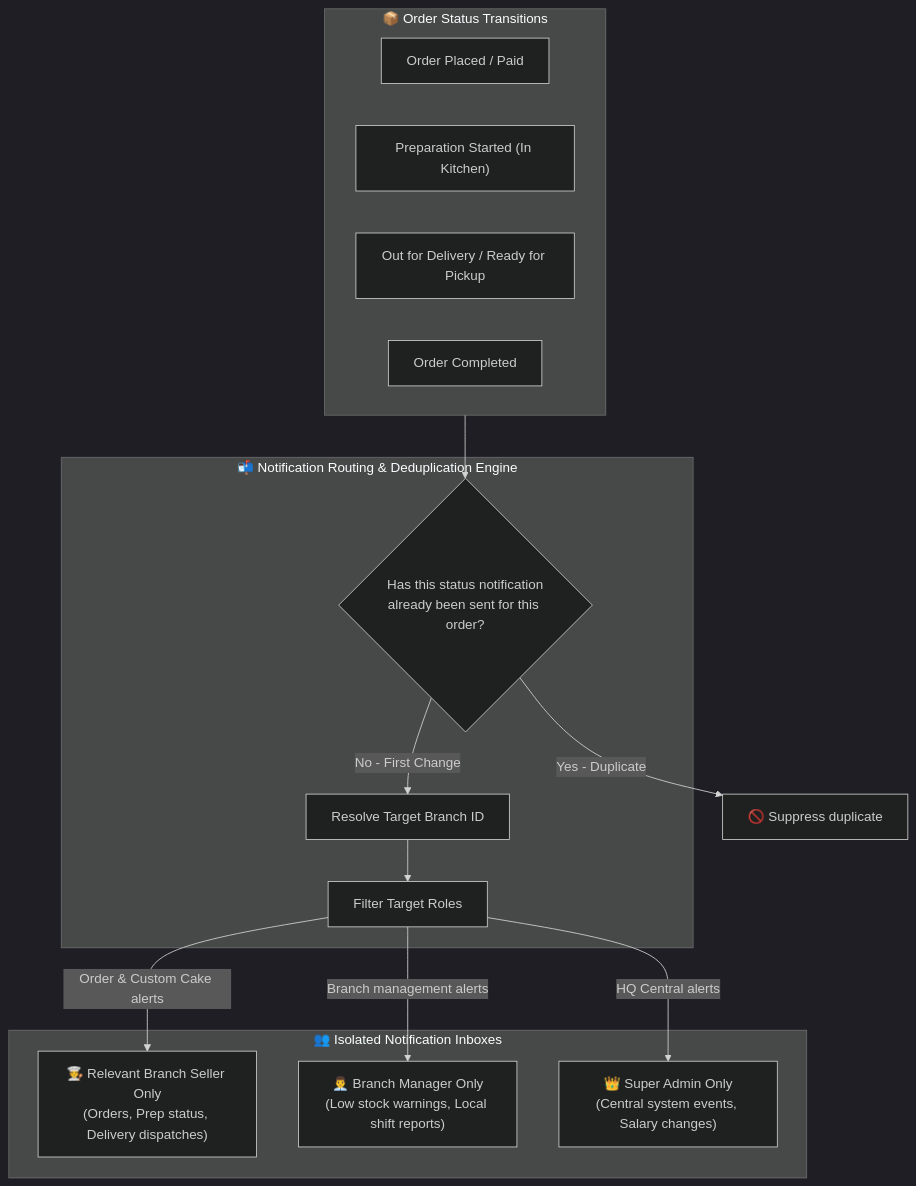
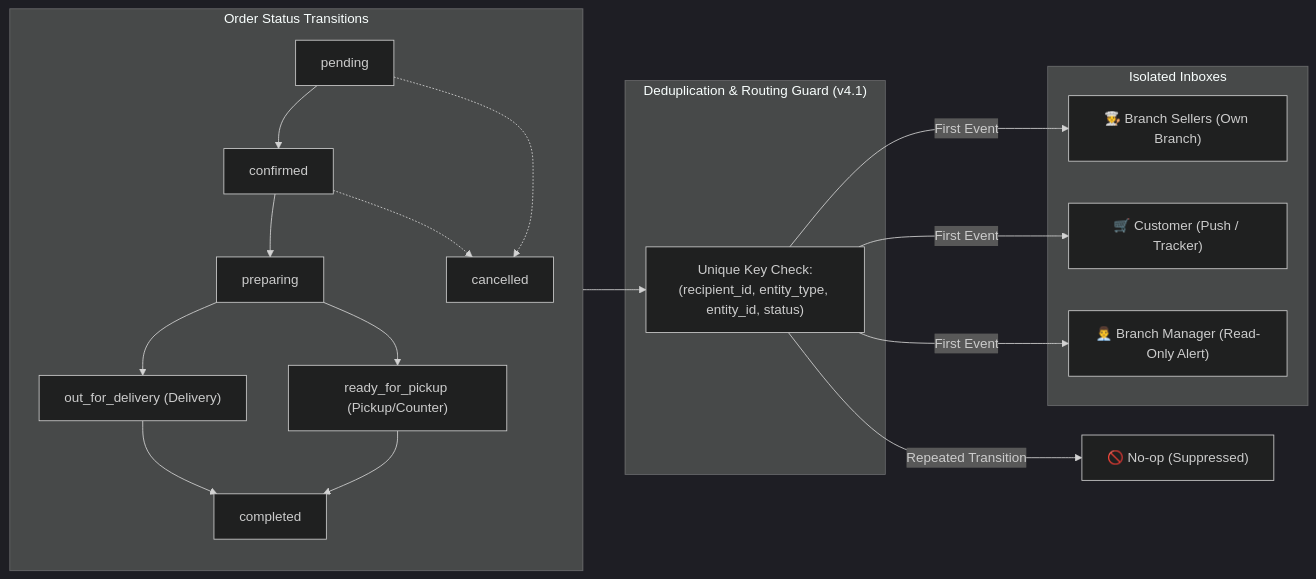
The fifth of 7 diagrams in SYSTEM_DOCUMENTATION.md (niga-star/Kenean-Cake-and-bread-), drawn with Mermaid (dark theme) before and after one commit. The commit also changed other lines of this file, not shown here.

Commit message:
Update SYSTEM_DOCUMENTATION to v4.1 Revised: 14 defect resolutions, dispatch engine, 2-factor tracking, RBAC matrix, and schema enhancements

````diff
--- a/SYSTEM_DOCUMENTATION.md
+++ b/SYSTEM_DOCUMENTATION.md
@@ -265,29 +283,27 @@
 ```mermaid
-flowchart TD
-    subgraph OrderEvents["📦 Order Status Transitions"]
-        E1["Order Placed / Paid"]
-        E2["Preparation Started (In Kitchen)"]
-        E3["Out for Delivery / Ready for Pickup"]
-        E4["Order Completed"]
+flowchart LR
+    subgraph OrderFlow["Order Status Transitions"]
+        P["pending"] --> C["confirmed"]
+        C --> PR["preparing"]
+        PR --> OD["out_for_delivery (Delivery)"]
+        PR --> RP["ready_for_pickup (Pickup/Counter)"]
+        OD --> CO["completed"]
+        RP --> CO
+        P -.-> CA["cancelled"]
+        C -.-> CA
     end
 
-    subgraph NotificationRouter["📬 Notification Routing & Deduplication Engine"]
-        DedupCheck{"Has this status notification\nalready been sent for this order?"}
-        BranchResolver["Resolve Target Branch ID"]
-        RoleFilter["Filter Target Roles"]
+    subgraph DeduplicationRouter["Deduplication & Routing Guard (v4.1)"]
+        Key["Unique Key Check:\n(recipient_id, entity_type, entity_id, status)"]
     end
 
-    subgraph Recipients["👥 Isolated Notification Inboxes"]
-        SellerInbox["🧑‍🍳 Relevant Branch Seller Only\n(Orders, Prep status, Delivery dispatches)"]
-        ManagerInbox["👨‍💼 Branch Manager Only\n(Low stock warnings, Local shift reports)"]
-        AdminInbox["👑 Super Admin Only\n(Central system events, Salary changes)"]
+    subgraph Inboxes["Isolated Inboxes"]
+        Seller["🧑‍🍳 Branch Sellers (Own Branch)"]
+        Customer["🛒 Customer (Push / Tracker)"]
+        Manager["👨‍💼 Branch Manager (Read-Only Alert)"]
     end
 
-    OrderEvents --> DedupCheck
-    DedupCheck -->|Yes - Duplicate| Discard["🚫 Suppress duplicate"]
-    DedupCheck -->|No - First Change| BranchResolver
-    BranchResolver --> RoleFilter
-    RoleFilter -->|Order & Custom Cake alerts| SellerInbox
-    RoleFilter -->|Branch management alerts| ManagerInbox
-    RoleFilter -->|HQ Central alerts| AdminInbox
+    OrderFlow --> Key
+    Key -->|First Event| Seller & Customer & Manager
+    Key -->|Repeated Transition| Suppress["🚫 No-op (Suppressed)"]
 ```
````
